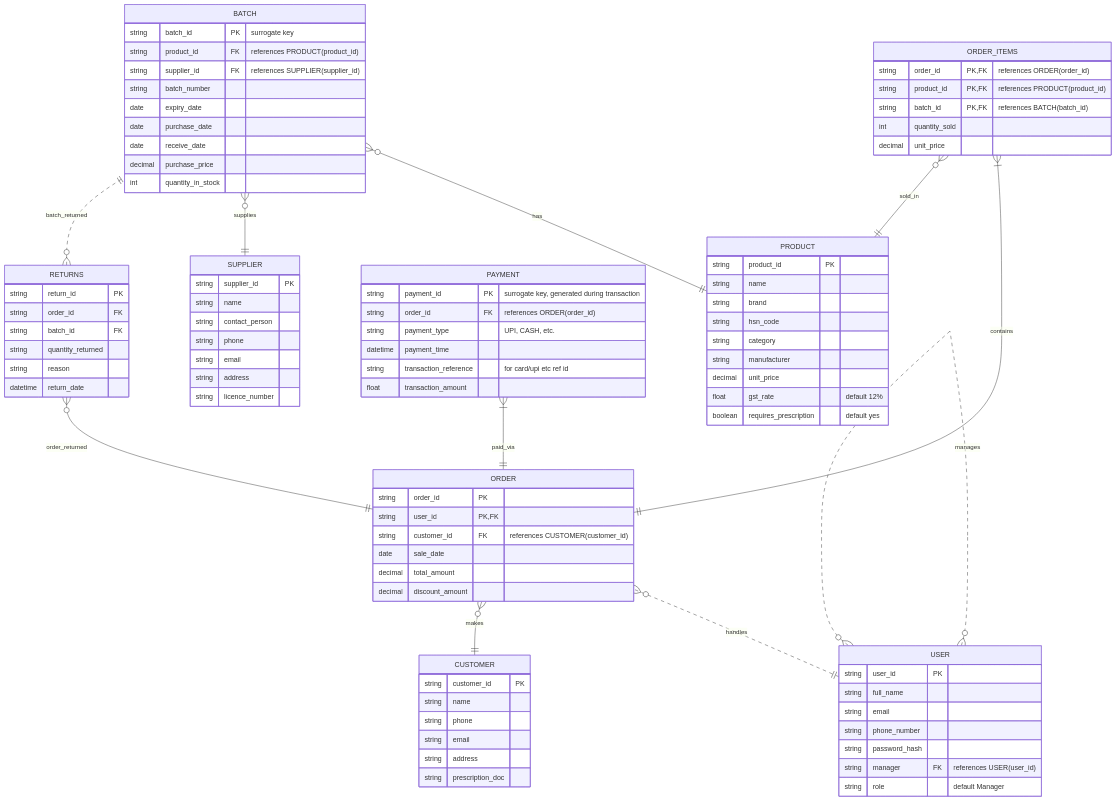
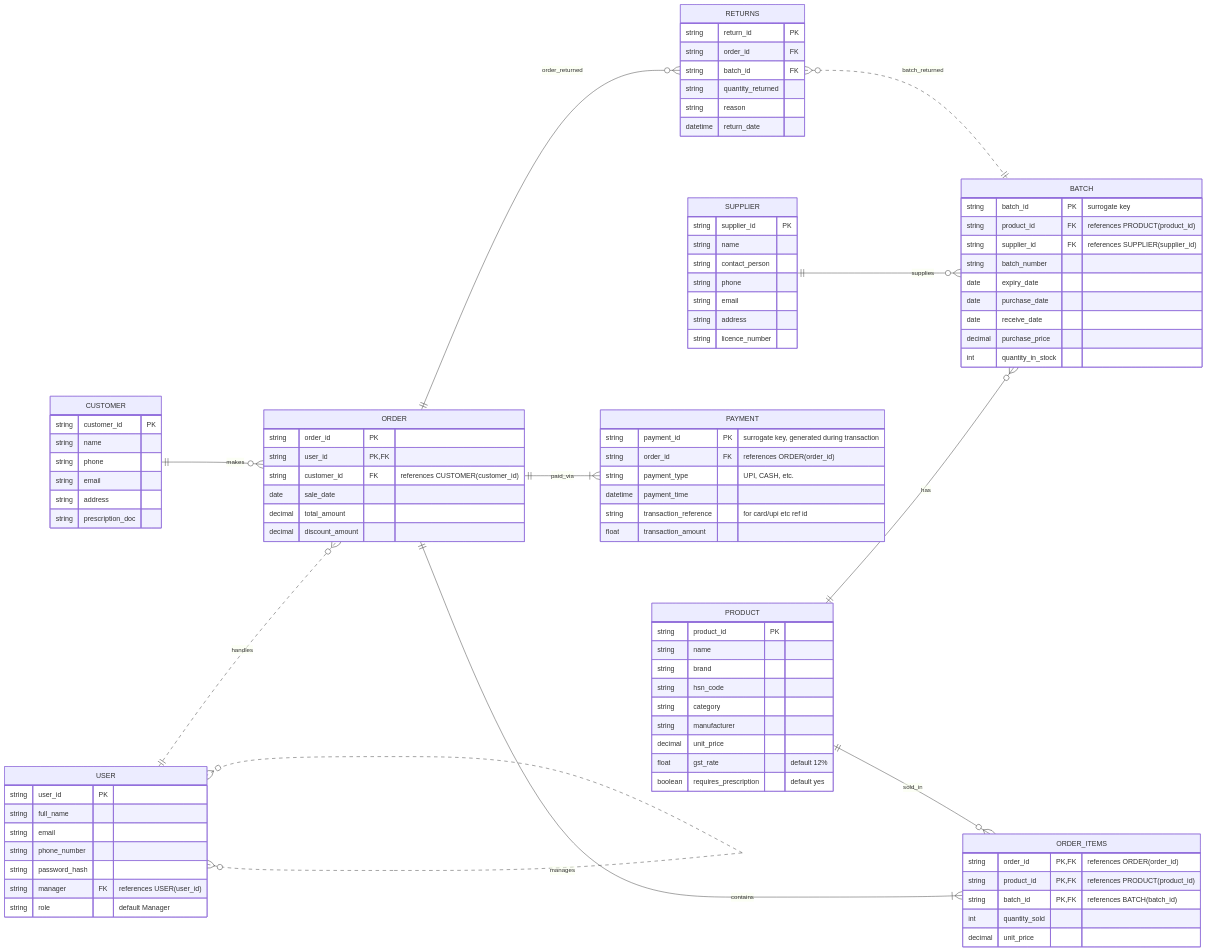
The diagram in ER Diagram version 2.md (MET4L-DS/miniPharma), drawn with Mermaid before and after one commit.

Commit message:
Update ER Diagram version 2.md

````diff
--- a/ER Diagram version 2.md
+++ b/ER Diagram version 2.md
@@ -1,6 +1,6 @@
 ```mermaid
 erDiagram
-    direction BT
+    direction LR
     USER {
     string user_id PK
     string full_name
````
